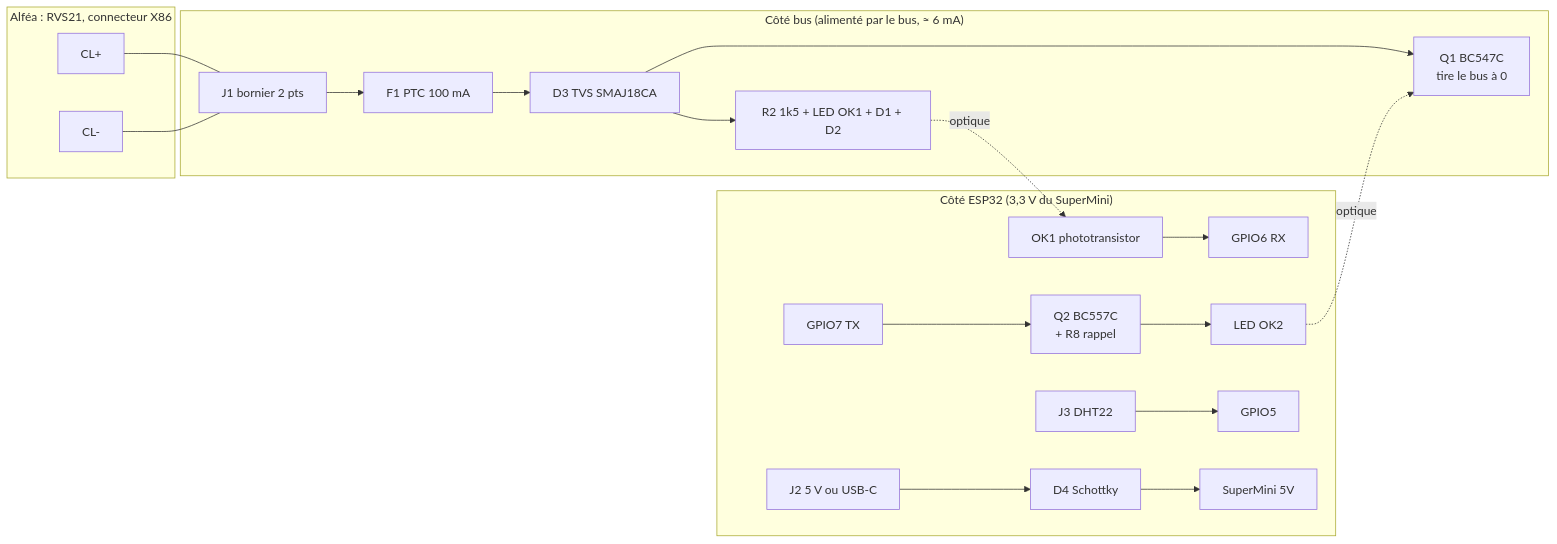
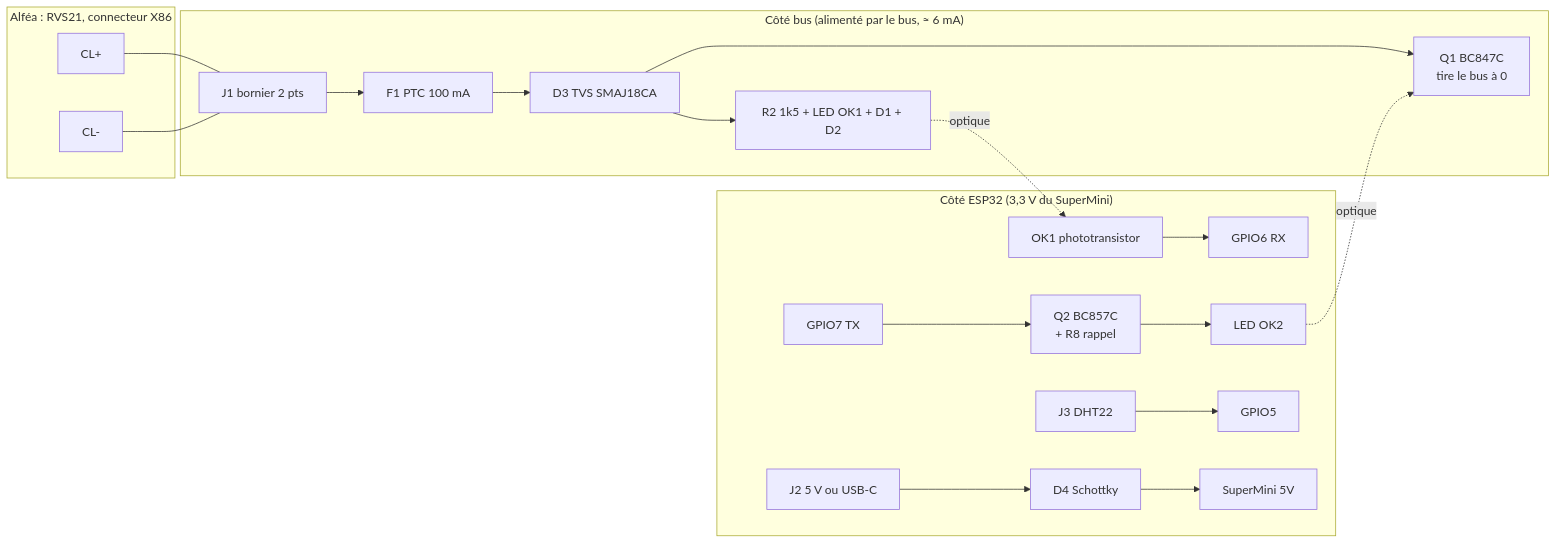
The diagram in docs/claude/09_design_carte_interface.md (adn05/BSB-LAN), drawn with Mermaid before and after one commit. The commit also changed other lines of this file and 12 other files, not shown here.

````diff
--- a/docs/claude/09_design_carte_interface.md
+++ b/docs/claude/09_design_carte_interface.md
@@ -15,23 +15,23 @@
 ```mermaid
 flowchart LR
   subgraph PAC["Alféa : RVS21, connecteur X86"]
     CLP[CL+]
     CLM[CL-]
   end
   subgraph BUS["Côté bus (alimenté par le bus, ≈ 6 mA)"]
     J1[J1 bornier 2 pts] --> F1[F1 PTC 100 mA]
     F1 --> TVS[D3 TVS SMAJ18CA]
     TVS --> RXL[R2 1k5 + LED OK1 + D1 + D2]
-    TVS --> Q1[Q1 BC547C<br/>tire le bus à 0]
+    TVS --> Q1[Q1 BC847C<br/>tire le bus à 0]
   end
   subgraph MCU["Côté ESP32 (3,3 V du SuperMini)"]
     OK1T[OK1 phototransistor] --> RX[GPIO6 RX]
-    TX[GPIO7 TX] --> Q2[Q2 BC557C<br/>+ R8 rappel] --> OK2L[LED OK2]
+    TX[GPIO7 TX] --> Q2[Q2 BC857C<br/>+ R8 rappel] --> OK2L[LED OK2]
     DHT[J3 DHT22] --> G5[GPIO5]
     P5[J2 5 V ou USB-C] --> D4[D4 Schottky] --> SM[SuperMini 5V]
   end
   CLP --- J1
   CLM --- J1
   RXL -. optique .-> OK1T
   OK2L -. optique .-> Q1
 ```
````
